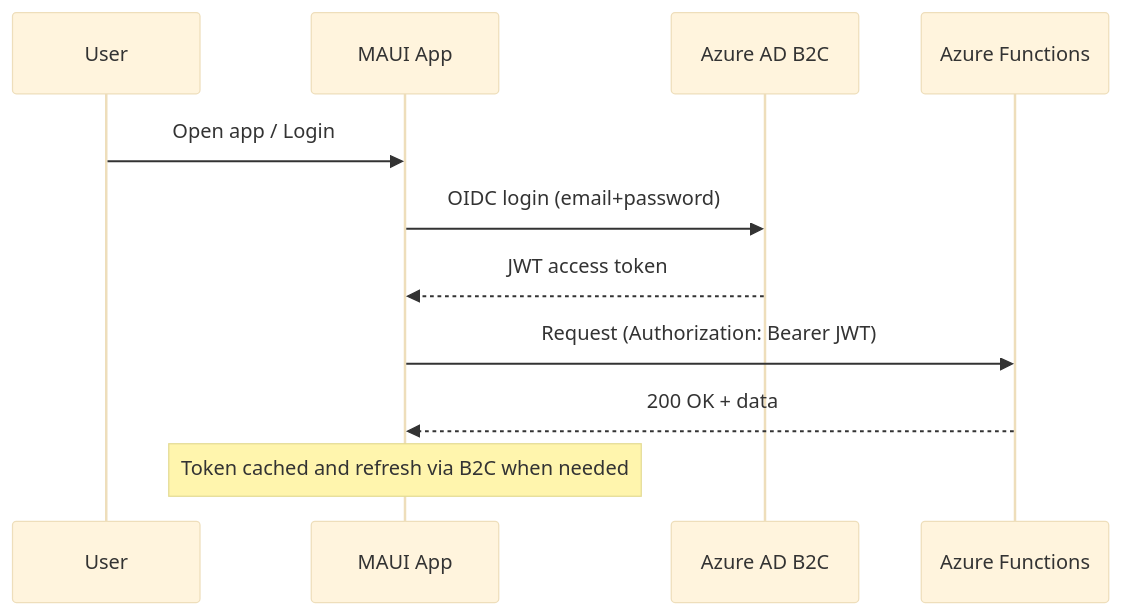
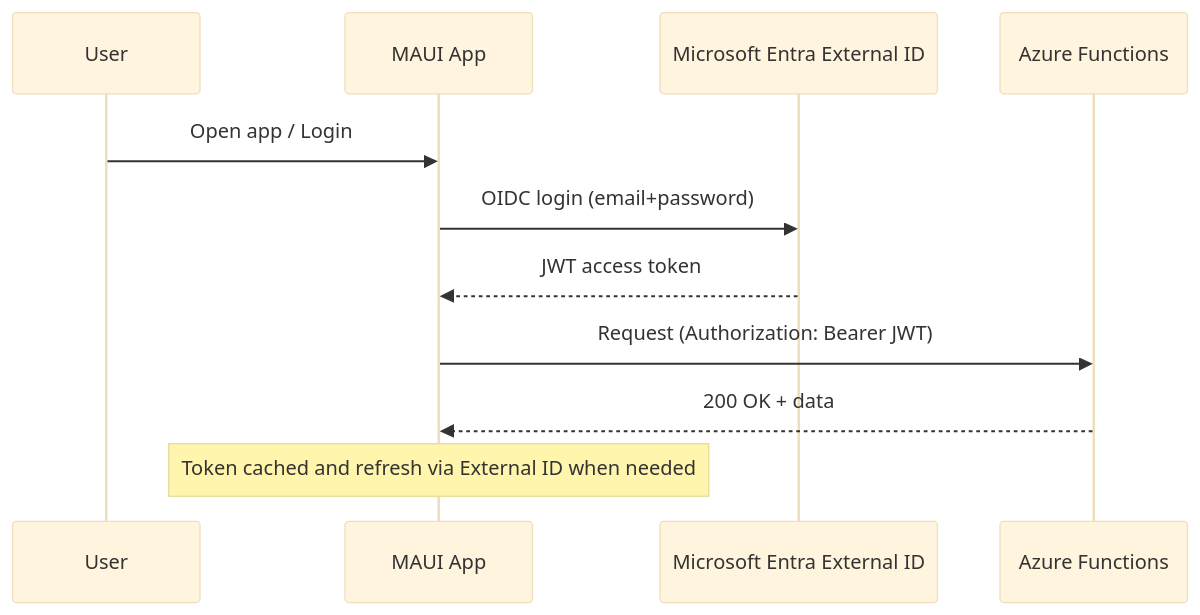
One commit to BShiffAVA/MealPlanOrganizer changed the second of 7 diagrams in docs/architecture/ARCHITECTURE.md. Above: the diagram before and after it, drawn with Mermaid (base theme). The commit also changed other lines of this file and 25 other files, not shown here.

````diff
--- a/docs/architecture/ARCHITECTURE.md
+++ b/docs/architecture/ARCHITECTURE.md
@@ -56,14 +56,14 @@
 ```mermaid
 sequenceDiagram
   participant User
   participant MAUI as MAUI App
-  participant B2C as Azure AD B2C
+  participant ExternalID as Microsoft Entra External ID
   participant API as Azure Functions
 
   User->>MAUI: Open app / Login
-  MAUI->>B2C: OIDC login (email+password)
-  B2C-->>MAUI: JWT access token
+  MAUI->>ExternalID: OIDC login (email+password)
+  ExternalID-->>MAUI: JWT access token
   MAUI->>API: Request (Authorization: Bearer JWT)
   API-->>MAUI: 200 OK + data
-  Note over MAUI: Token cached and refresh via B2C when needed
+  Note over MAUI: Token cached and refresh via External ID when needed
 ```
````
